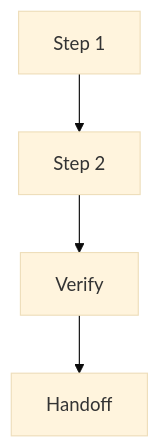
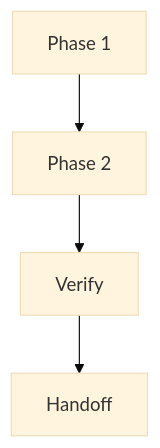
The diagram in .workflow/templates/plan.md (FlutteryEmbers/workflow), drawn with Mermaid (base theme) before and after one commit. The commit also changed other lines of this file and 7 other files, not shown here.

````diff
--- a/.workflow/templates/plan.md
+++ b/.workflow/templates/plan.md
@@ -106,6 +127,6 @@
 ```mermaid
 flowchart TD
-    step_one["Step 1"] --> step_two["Step 2"]
-    step_two --> verify_node["Verify"]
+    phase_one["Phase 1"] --> phase_two["Phase 2"]
+    phase_two --> verify_node["Verify"]
     verify_node --> handoff_node["Handoff"]
 ```
````
